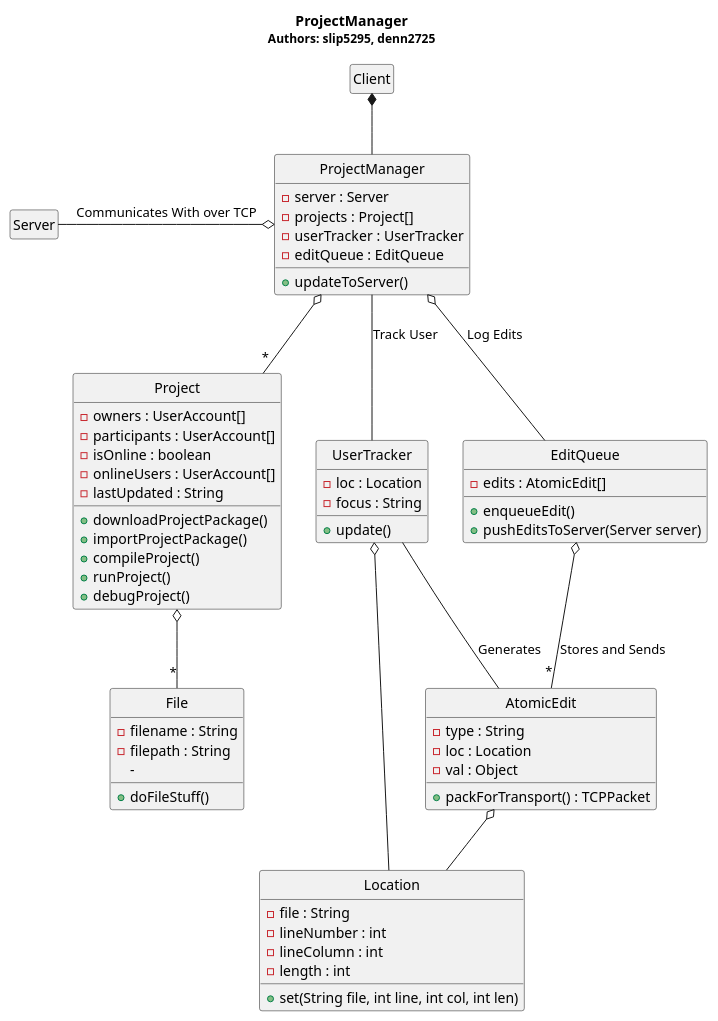
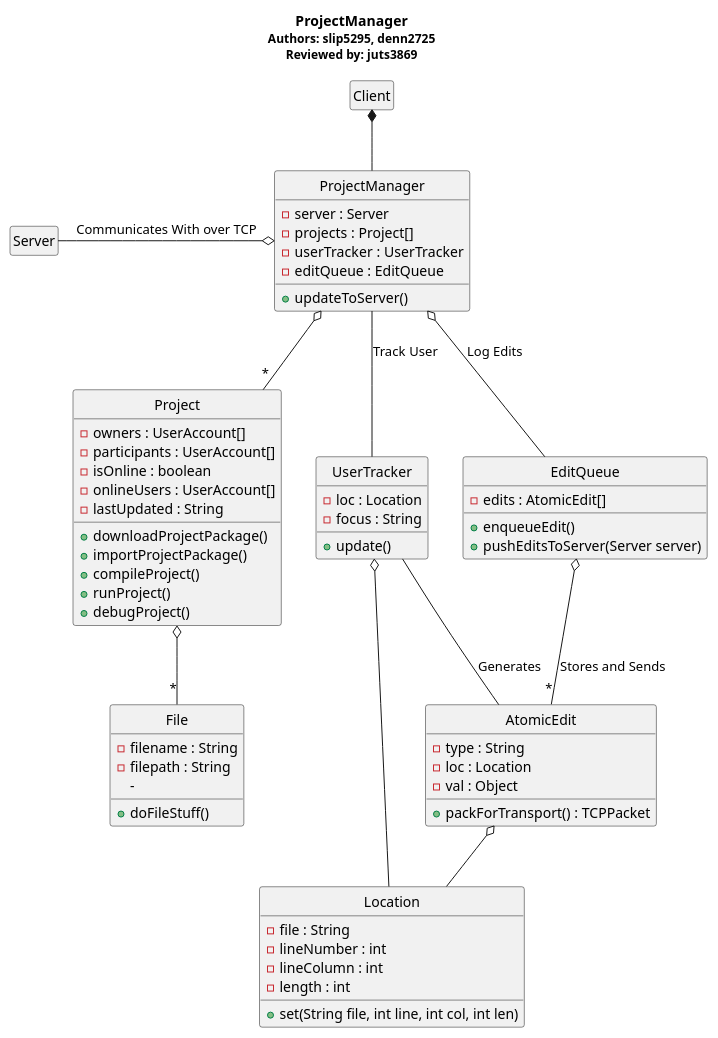
One commit to voxelv/sQuire_kw changed the diagram in hw3/Client/client_project.pu. Above: the diagram before and after it, drawn with PlantUML. The commit also changed 1 other file, not shown here.

Commit message:
Added "reviewed by"

```diff
--- a/hw3/Client/client_project.pu
+++ b/hw3/Client/client_project.pu
@@ -1,85 +1,85 @@
 @startuml
 hide circle
 hide empty members
 
-title <b>ProjectManager</b>\n<size:12>Authors: slip5295, denn2725</size>
+title <b>ProjectManager</b>\n<size:12>Authors: slip5295, denn2725</size>\n<size:12>Reviewed by: juts3869</size>
 
 class "Client" as sq_c
 
 class "ProjectManager" as sq_projmgr {
     -server : Server
     -projects : Project[]
     -userTracker : UserTracker
     -editQueue : EditQueue
     +updateToServer()
 }
 
 class "Server" as sq_server
 
 class "Project" as proj {
     -owners : UserAccount[]
     -participants : UserAccount[]
     -isOnline : boolean
     -onlineUsers : UserAccount[]
     -lastUpdated : String
     +downloadProjectPackage()
     +importProjectPackage()
     +compileProject()
     +runProject()
     +debugProject()
 }
 
 class "File" as file {
     -filename : String
     -filepath : String
     -
     +doFileStuff()
 }
 
 class "UserTracker" as projmgr_utrack {
     -loc : Location
     -focus : String
     +update()
 }
 
 class "EditQueue" as projmgr_editq {
     -edits : AtomicEdit[]
     +enqueueEdit()
     +pushEditsToServer(Server server)
 }
 
 class "AtomicEdit" as editq_atomedit {
     -type : String
     -loc : Location
     -val : Object
     +packForTransport() : TCPPacket
 }
 
 class "Location" as loc {
     -file : String
     -lineNumber : int
     -lineColumn : int
     -length : int
     +set(String file, int line, int col, int len)
 }
 
 sq_c *-- sq_projmgr
 
 sq_projmgr o-left- sq_server : Communicates With over TCP
 
 sq_projmgr -- projmgr_utrack : Track User
 sq_projmgr o-- projmgr_editq : Log Edits
 sq_projmgr o-- "*" proj
 
 proj o-- "*" file
 
 projmgr_editq o-- "*" editq_atomedit : Stores and Sends
 
 projmgr_utrack o-- loc
 projmgr_utrack -- editq_atomedit : Generates
 
 editq_atomedit o-- loc
 
 
 
 @enduml
```
